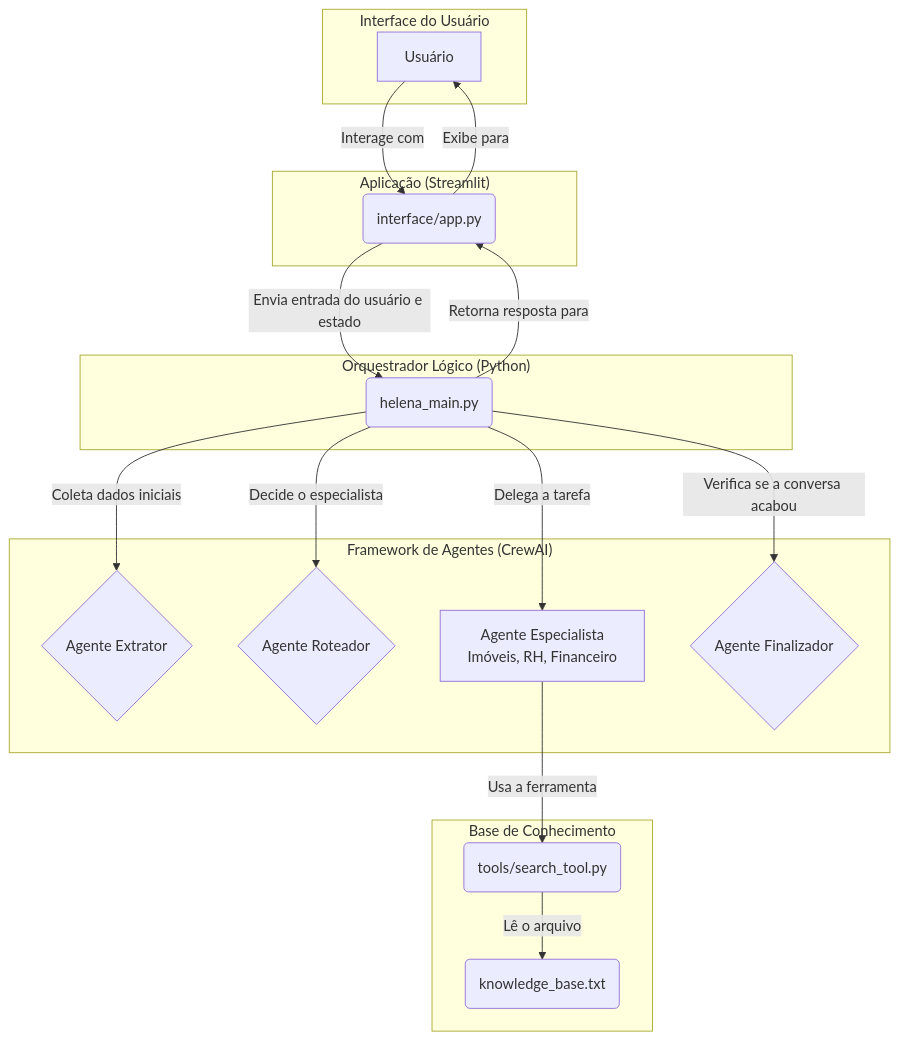
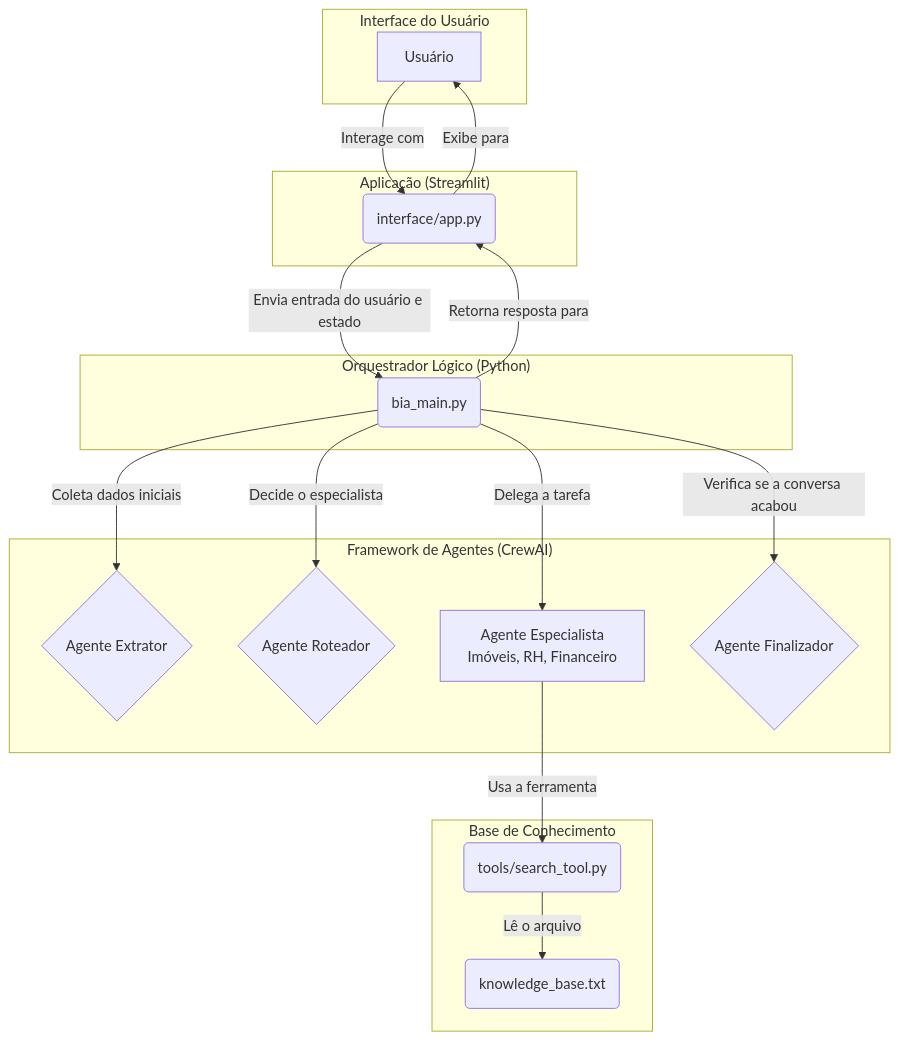
Before and after one commit to raphaelrsantos/ImobIA: the diagram in README.md, drawn with Mermaid. The commit also changed other lines of this file, not shown here.

````diff
--- a/README.md
+++ b/README.md
@@ -10,38 +10,38 @@
 ```mermaid
 graph TD
     subgraph "Interface do Usuário"
         A[Usuário]
     end
 
     subgraph "Aplicação (Streamlit)"
         B(interface/app.py)
     end
 
     subgraph "Orquestrador Lógico (Python)"
-        C(helena_main.py)
+        C(bia_main.py)
     end
     
     subgraph "Framework de Agentes (CrewAI)"
         D{Agente Extrator}
         E{Agente Roteador}
         F["Agente Especialista <br/>Imóveis, RH, Financeiro"]
         G{Agente Finalizador}
     end
 
     subgraph "Base de Conhecimento"
         H(knowledge_base.txt)
         I(tools/search_tool.py)
     end
 
     A -->|Interage com| B
     B -->|Envia entrada do usuário e estado| C
     C -->|Coleta dados iniciais| D
     C -->|Decide o especialista| E
     C -->|Delega a tarefa| F
     C -->|Verifica se a conversa acabou| G
     F -->|Usa a ferramenta| I
     I -->|Lê o arquivo| H
     
     C -->|Retorna resposta para| B
     B -->|Exibe para| A
 ```
````
